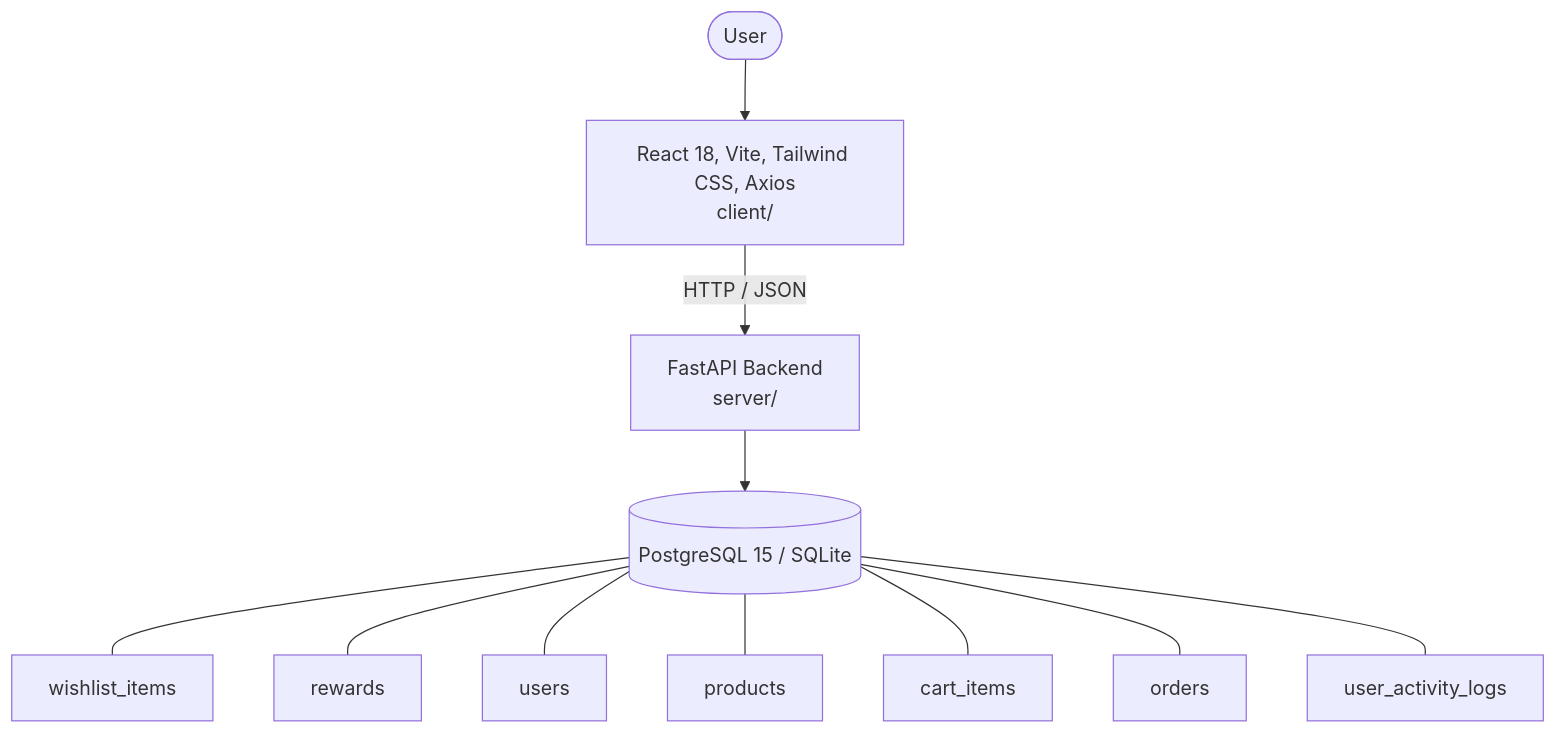
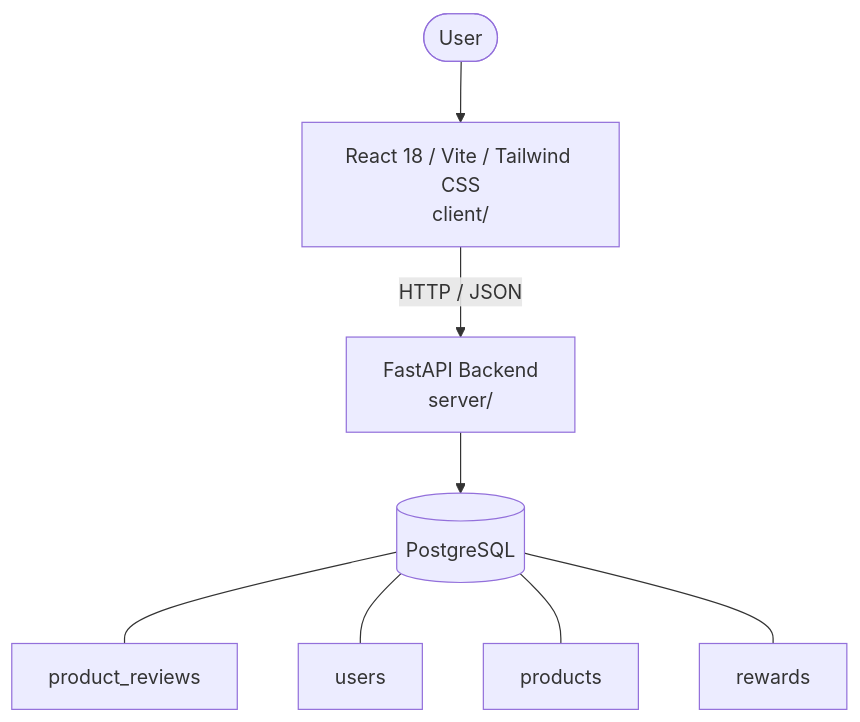
One commit to p67428378-afk/SCRUM changed the diagram in architecture.md. Above: the diagram before and after it, drawn with Mermaid. The commit also changed other lines of this file and 57 other files, not shown here.

Commit message:
feat(SCRUM-91): Implement Product Reviews & Ratings with Tiered Loyalty Rewards backend

````diff
--- a/architecture.md
+++ b/architecture.md
@@ -6,17 +6,14 @@
 ```mermaid
 graph TD
   User([User])
-  UI["React 18, Vite, Tailwind CSS, Axios<br/>client/"]
+  UI["React 18 / Vite / Tailwind CSS<br/>client/"]
   API["FastAPI Backend<br/>server/"]
-  DB[("PostgreSQL 15 / SQLite")]
+  DB[("PostgreSQL")]
   User --> UI
   UI -->|HTTP / JSON| API
   API --> DB
-  DB --- tbl_wishlist_items["wishlist_items"]
-  DB --- tbl_rewards["rewards"]
+  DB --- tbl_product_reviews["product_reviews"]
   DB --- tbl_users["users"]
   DB --- tbl_products["products"]
-  DB --- tbl_cart_items["cart_items"]
-  DB --- tbl_orders["orders"]
-  DB --- tbl_user_activity_logs["user_activity_logs"]
+  DB --- tbl_rewards["rewards"]
 ```
````
